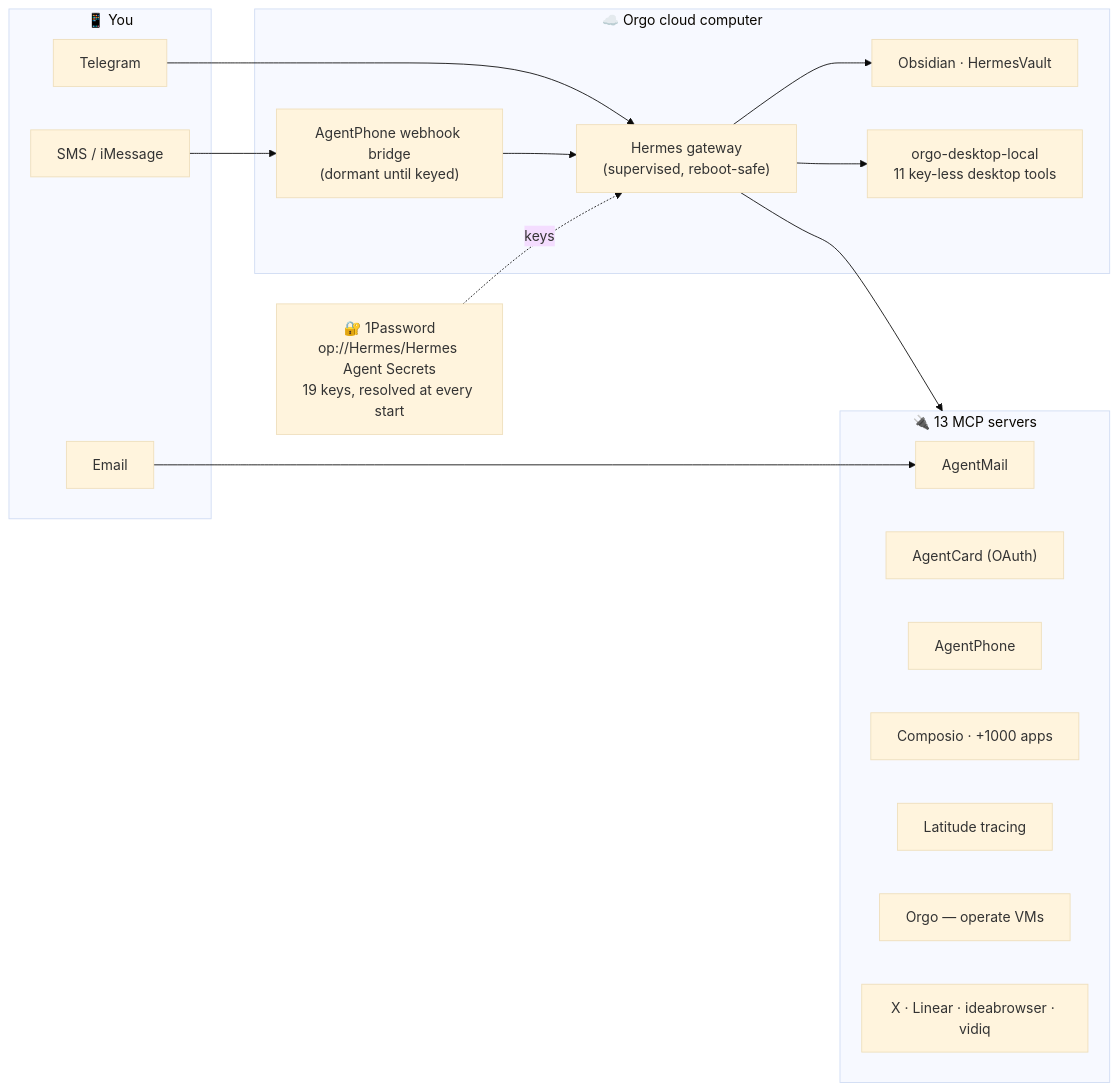
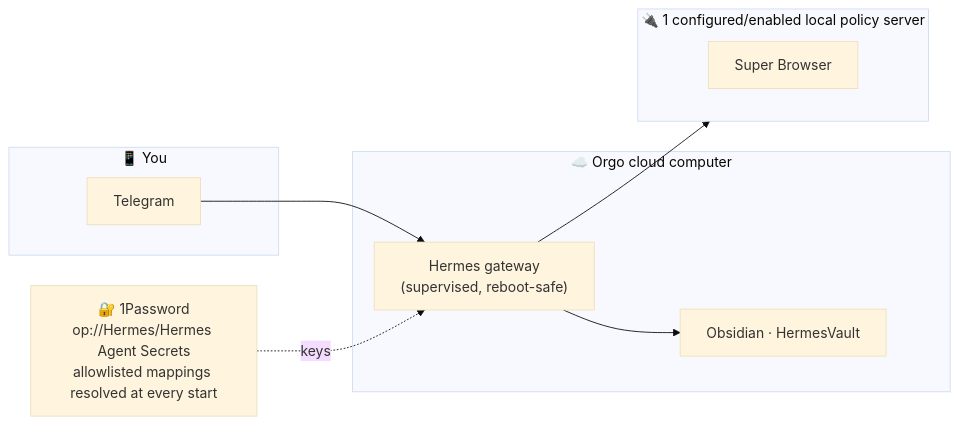
The diagram in README.md (jbellsolutions/revenue-partner-agent), drawn with Mermaid (base theme) before and after one commit. The commit also changed other lines of this file and 263 other files, not shown here.

````diff
--- a/README.md
+++ b/README.md
@@ -85,35 +95,22 @@
 ```mermaid
 flowchart LR
     subgraph you["📱 You"]
         TG["Telegram"]
-        SMS["SMS / iMessage"]
-        MAIL["Email"]
     end
 
     subgraph vm["☁️ Orgo cloud computer"]
         GW["Hermes gateway<br/>(supervised, reboot-safe)"]
-        BR["AgentPhone webhook bridge<br/>(dormant until keyed)"]
         OBS["Obsidian · HermesVault"]
-        DESK["orgo-desktop-local<br/>11 key-less desktop tools"]
     end
 
-    subgraph mcp["🔌 13 MCP servers"]
-        AM["AgentMail"]
-        AC["AgentCard (OAuth)"]
-        AP["AgentPhone"]
-        CO["Composio · +1000 apps"]
-        LA["Latitude tracing"]
-        OR["Orgo — operate VMs"]
-        XT["X · Linear · ideabrowser · vidiq"]
+    subgraph mcp["🔌 1 configured/enabled local policy server"]
+        SB["Super Browser"]
     end
 
-    OP["🔐 1Password<br/>op://Hermes/Hermes Agent Secrets<br/>19 keys, resolved at every start"]
+    OP["🔐 1Password<br/>op://Hermes/Hermes Agent Secrets<br/>allowlisted mappings resolved at every start"]
 
     TG --> GW
-    SMS --> BR --> GW
-    MAIL --> AM
     GW --> mcp
-    GW --> DESK
     GW --> OBS
     OP -. keys .-> GW
 ```
````
